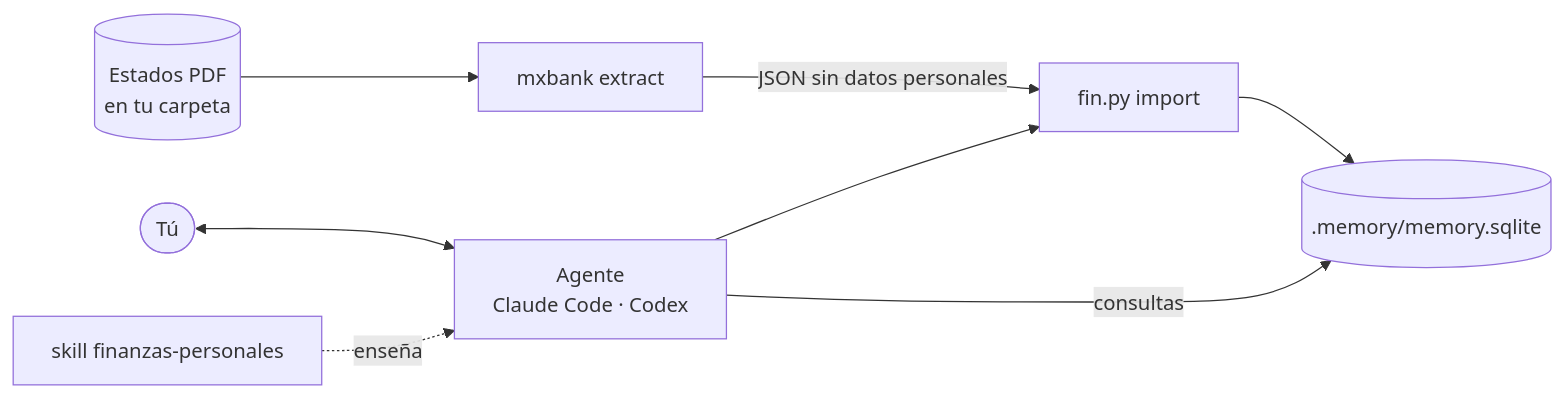
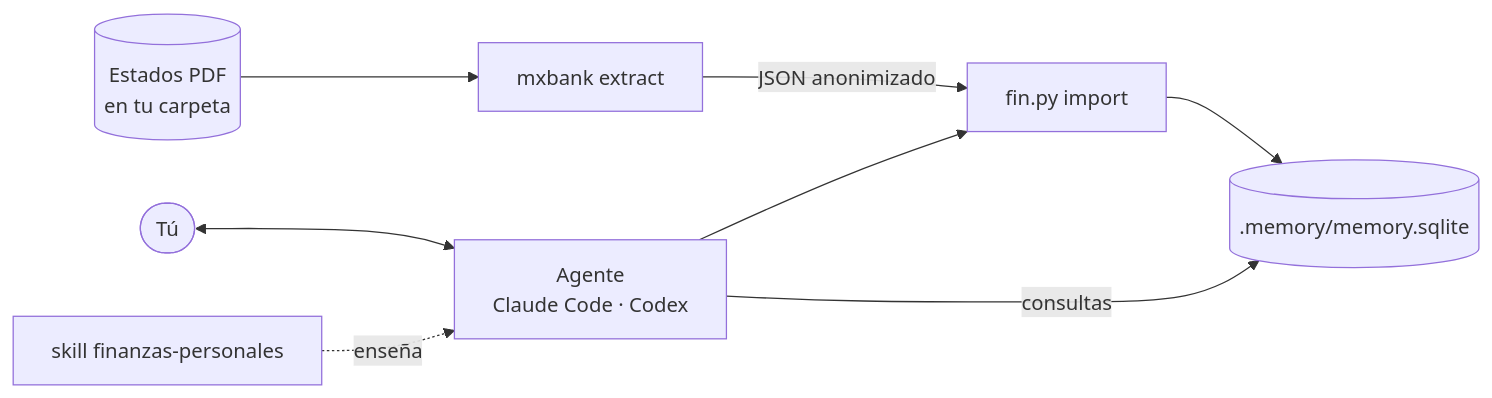
One commit to howware/finanzas-personales changed the second of 2 diagrams in README.md. Above: the diagram before and after it, drawn with Mermaid. The commit also changed other lines of this file and 2 other files, not shown here.

````diff
--- a/README.md
+++ b/README.md
@@ -129,10 +153,10 @@
 ```mermaid
 flowchart LR
     PDF[(Estados PDF<br/>en tu carpeta)] --> MX[mxbank extract]
-    MX -- JSON sin datos personales --> FIN[fin.py import]
+    MX -- JSON anonimizado --> FIN[fin.py import]
     U([Tú]) <--> A[Agente<br/>Claude Code · Codex]
     SK[skill finanzas-personales] -. enseña .-> A
     A --> FIN
     A -- consultas --> MEM[(.memory/memory.sqlite)]
     FIN --> MEM
 ```
````
